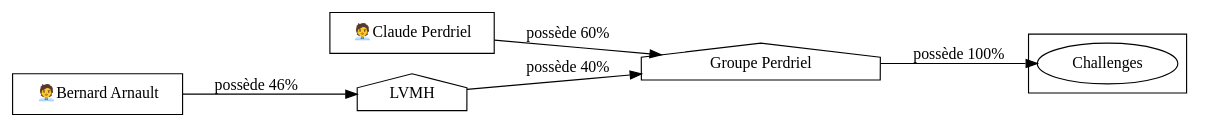
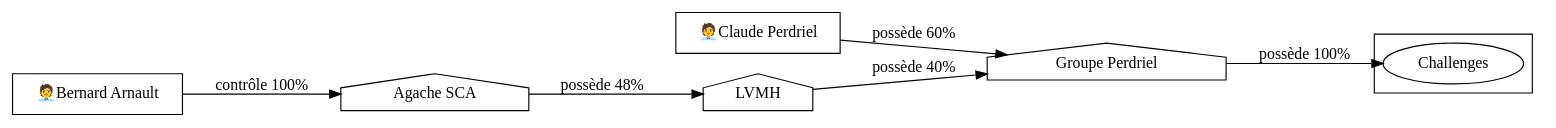
The diagram in 11ty_input/assets/challenges-6-relations-graph.dot (adipasquale/medias-wiki), drawn with Graphviz before and after one commit. The commit also changed 304 other files, not shown here.

```diff
--- a/11ty_input/assets/challenges-6-relations-graph.dot
+++ b/11ty_input/assets/challenges-6-relations-graph.dot
@@ -1,40 +1,46 @@
 digraph {
   rankdir=LR;
   subgraph roots {
     
       "claude-perdriel-1"[label="🧑‍💼Claude Perdriel" shape=box]
     
       "bernard-arnault-42"[label="🧑‍💼Bernard Arnault" shape=box]
     
   }
 
   
     "groupe-perdriel-3"[label="Groupe Perdriel" shape=house]
   
     "lvmh-43"[label="LVMH" shape=house]
+  
+    "agache-sca-348"[label="Agache SCA" shape=house]
   
 
   subgraph clusterLeaves {
     
       "challenges-6"[label="Challenges"]
     
   }
 
   
     "groupe-perdriel-3" -> "challenges-6" [
       label="possède 100%"
     ]
   
     "claude-perdriel-1" -> "groupe-perdriel-3" [
       label="possède 60%"
     ]
   
     "lvmh-43" -> "groupe-perdriel-3" [
       label="possède 40%"
     ]
   
-    "bernard-arnault-42" -> "lvmh-43" [
-      label="possède 46%"
+    "agache-sca-348" -> "lvmh-43" [
+      label="possède 48%"
+    ]
+  
+    "bernard-arnault-42" -> "agache-sca-348" [
+      label="contrôle 100%"
     ]
   
 }
```
